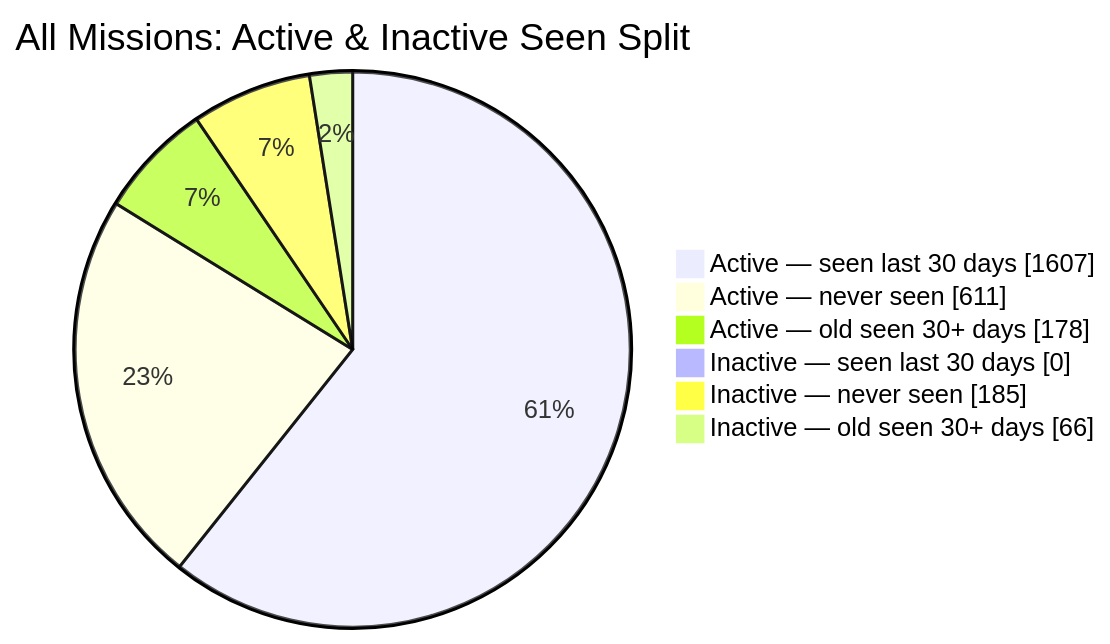
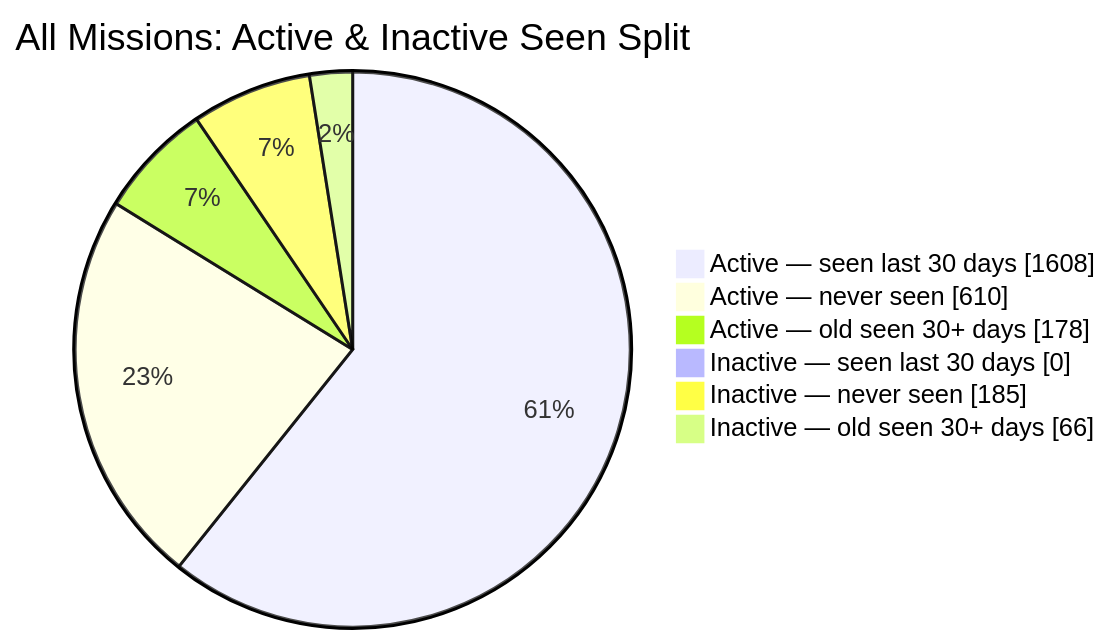
The second of 2 diagrams in README.md (MeldkamerspelGameTeam/active-missions), drawn with Mermaid before and after one commit. The commit also changed other lines of this file and 3 other files, not shown here.

````diff
--- a/README.md
+++ b/README.md
@@ -44,10 +44,10 @@
 ```mermaid
 pie showData
     title All Missions: Active & Inactive Seen Split
-    "Active — seen last 30 days" : 1607
-    "Active — never seen" : 611
+    "Active — seen last 30 days" : 1608
+    "Active — never seen" : 610
     "Active — old seen 30+ days" : 178
     "Inactive — seen last 30 days" : 0
     "Inactive — never seen" : 185
     "Inactive — old seen 30+ days" : 66
 ```
````
